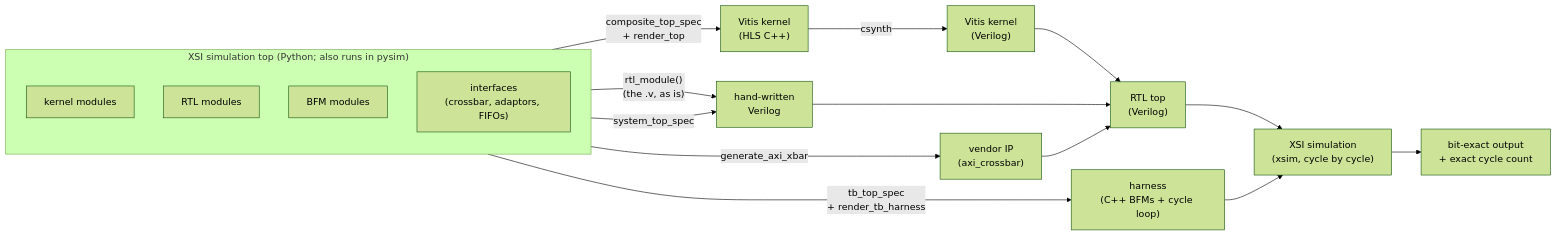
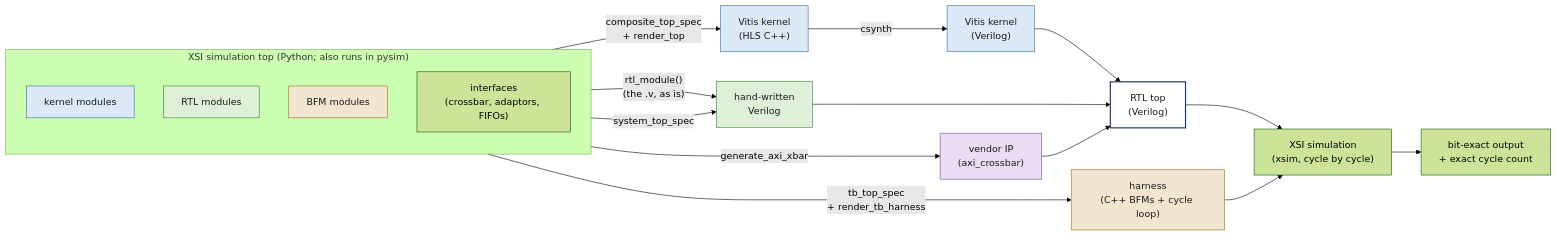
Before and after one commit to frontcover/pysilicon: the diagram in docs/guide/flows/concurrent_flowsteps.md, drawn with Mermaid (forest theme). The commit also changed other lines of this file and 6 other files, not shown here.

First line of the commit message:
docs(flows): the kernel scale as a system -- kernel_cut figure, layers in DUT/testbench terms

````diff
--- a/docs/guide/flows/concurrent_flowsteps.md
+++ b/docs/guide/flows/concurrent_flowsteps.md
@@ -25,24 +25,35 @@
 ```mermaid
 flowchart LR
   subgraph py["XSI simulation top (Python; also runs in pysim)"]
     direction TB
     KM["kernel modules"]
     RM["RTL modules"]
     BM["BFM modules"]
     IF["interfaces<br/>(crossbar, adaptors, FIFOs)"]
   end
 
   KM -->|"composite_top_spec<br/>+ render_top"| HLS["Vitis kernel<br/>(HLS C++)"]
   HLS -->|"csynth"| KV["Vitis kernel<br/>(Verilog)"]
   RM -->|"rtl_module()<br/>(the .v, as is)"| HV["hand-written<br/>Verilog"]
   IF -->|"system_top_spec"| HV
   IF -->|"generate_axi_xbar"| IP["vendor IP<br/>(axi_crossbar)"]
   KV --> RT["RTL top<br/>(Verilog)"]
   HV --> RT
   IP --> RT
   BM -->|"tb_top_spec<br/>+ render_tb_harness"| HARN["harness<br/>(C++ BFMs + cycle loop)"]
 
   RT --> XSI["XSI simulation<br/>(xsim, cycle by cycle)"]
   HARN --> XSI
   XSI --> CHK["bit-exact output<br/>+ exact cycle count"]
+
+  classDef hls fill:#DCE9F7,stroke:#2C6FB5,color:#1a1a1a;
+  classDef rtl fill:#DFF0D8,stroke:#3C7A2E,color:#1a1a1a;
+  classDef ip  fill:#EADCF2,stroke:#7A4A9A,color:#1a1a1a;
+  classDef tb  fill:#F2E6D0,stroke:#9A6B1F,color:#1a1a1a;
+  classDef dut fill:#FFFFFF,stroke:#1F3B5C,stroke-width:2px,color:#1a1a1a;
+  class KM,HLS,KV hls;
+  class RM,HV rtl;
+  class IP ip;
+  class BM,HARN tb;
+  class RT dut;
 ```
````
